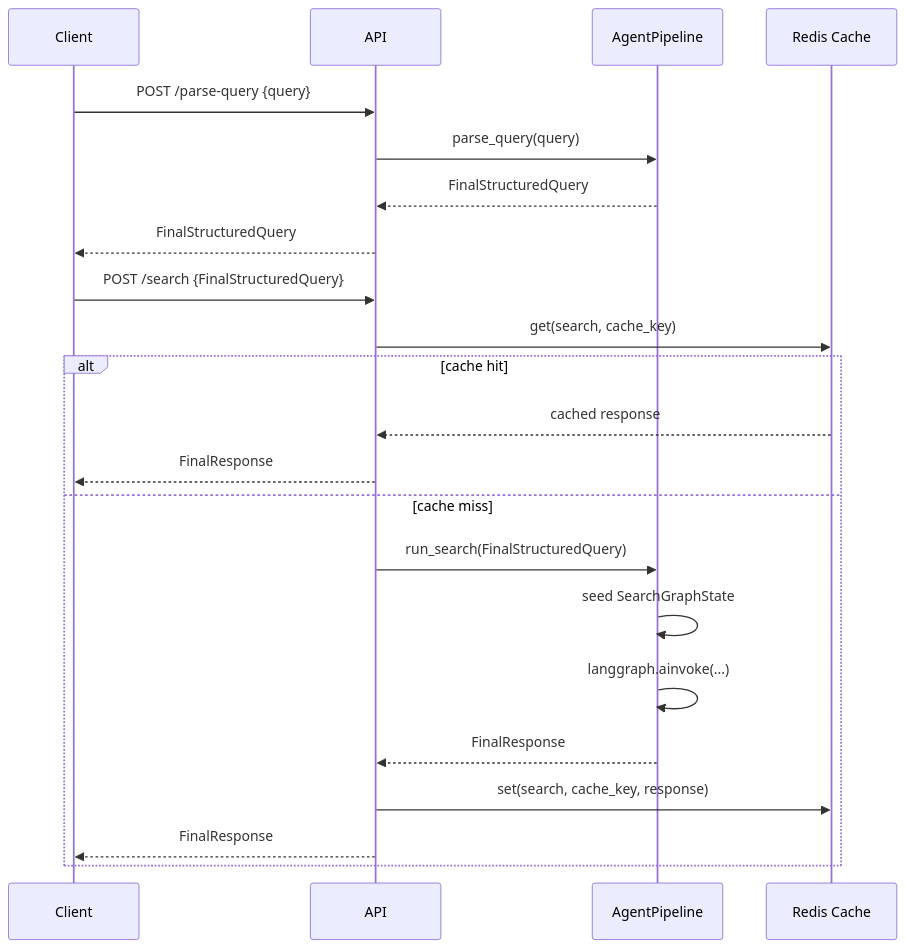
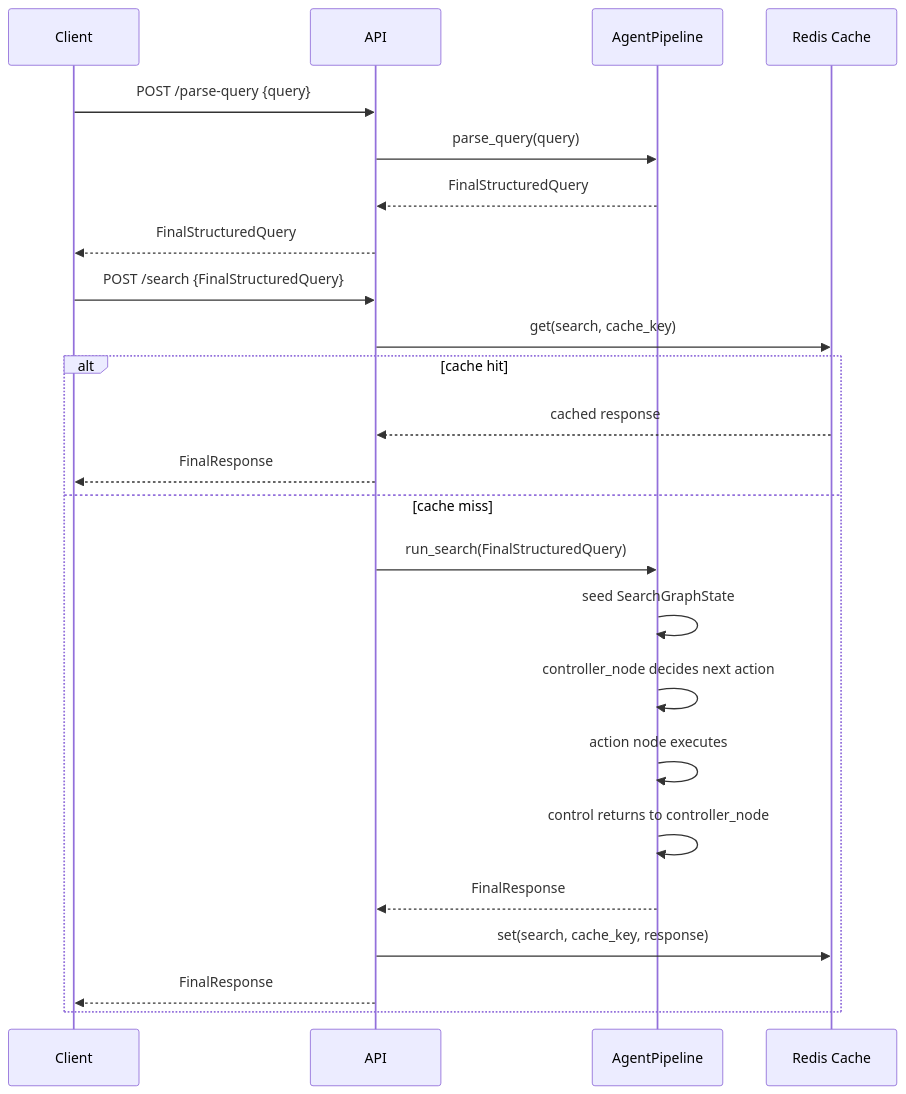
One commit to chandankumar123456/smartcart-ai-backend changed the second of 2 diagrams in app/api/README.md. Above: the diagram before and after it, drawn with Mermaid. The commit also changed other lines of this file and 14 other files, not shown here.

First line of the commit message:
Implement controller-driven agent graph

````diff
--- a/app/api/README.md
+++ b/app/api/README.md
@@ -164,26 +167,28 @@
 ```mermaid
 sequenceDiagram
     participant C as Client
     participant A as API
     participant P as AgentPipeline
     participant R as Redis Cache
 
     C->>A: POST /parse-query {query}
     A->>P: parse_query(query)
     P-->>A: FinalStructuredQuery
     A-->>C: FinalStructuredQuery
 
     C->>A: POST /search {FinalStructuredQuery}
     A->>R: get(search, cache_key)
     alt cache hit
       R-->>A: cached response
       A-->>C: FinalResponse
     else cache miss
       A->>P: run_search(FinalStructuredQuery)
       P->>P: seed SearchGraphState
-      P->>P: langgraph.ainvoke(...)
+      P->>P: controller_node decides next action
+      P->>P: action node executes
+      P->>P: control returns to controller_node
       P-->>A: FinalResponse
       A->>R: set(search, cache_key, response)
       A-->>C: FinalResponse
     end
 ```
````
